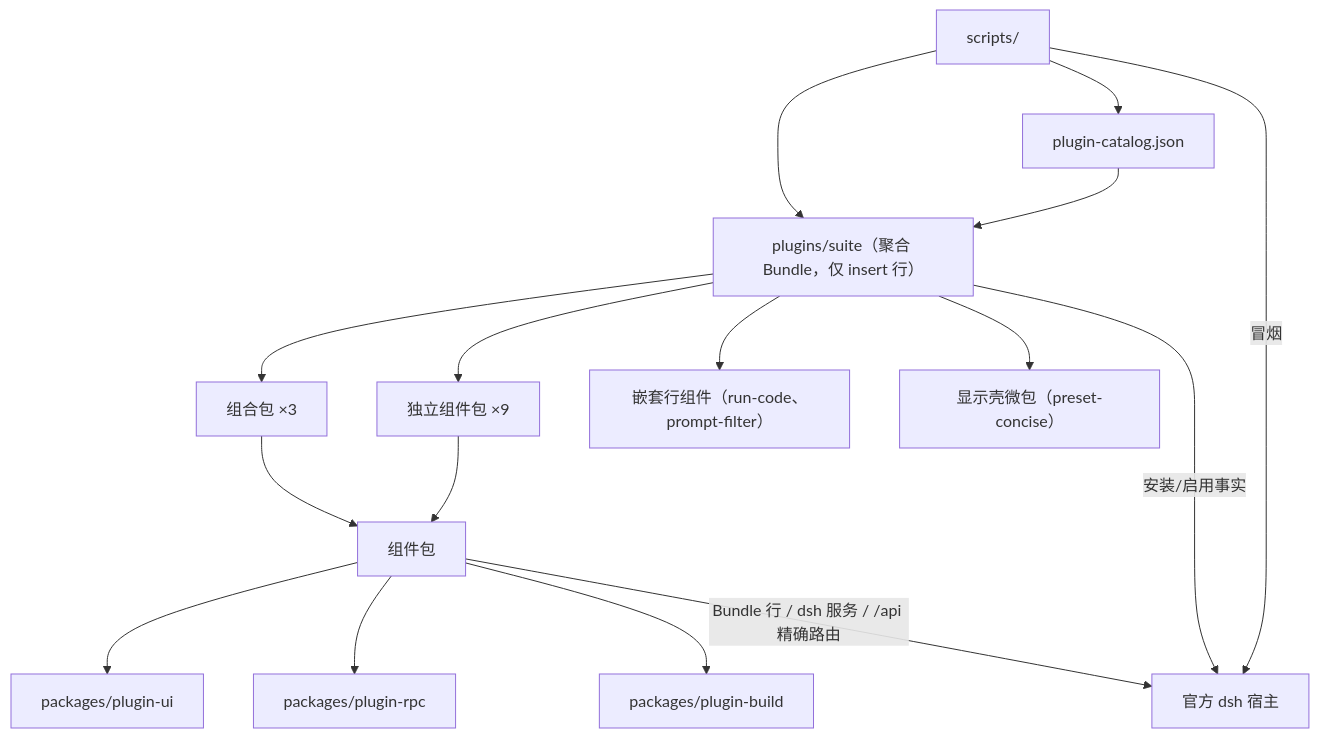
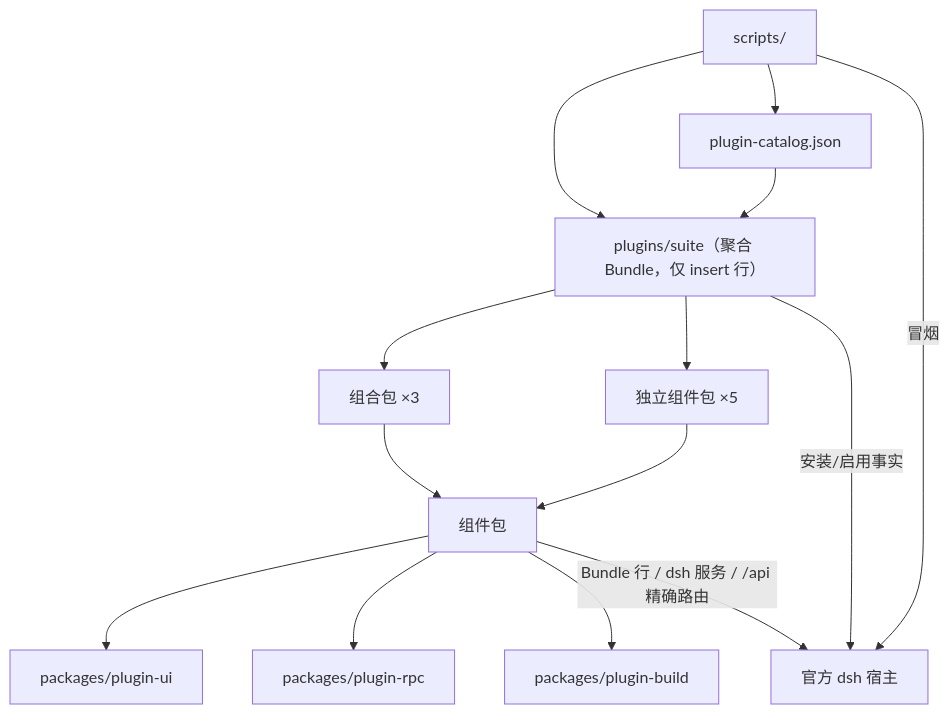
One commit to WaynePluto/dsh-kit changed the diagram in ARCHITECTURE.md. Above: the diagram before and after it, drawn with Mermaid. The commit also changed other lines of this file and 85 other files, not shown here.

````diff
--- a/ARCHITECTURE.md
+++ b/ARCHITECTURE.md
@@ -26,18 +24,16 @@
 ```mermaid
 graph TD
   Suite["plugins/suite（聚合 Bundle，仅 insert 行）"] --> Combo["组合包 ×3"]
-  Suite --> Solo["独立组件包 ×9"]
-  Suite --> Nested["嵌套行组件（run-code、prompt-filter）"]
-  Suite --> Shell["显示壳微包（preset-concise）"]
+  Suite --> Solo["独立组件包 ×5"]
   Combo --> Comp["组件包"]
   Solo --> Comp
   Comp --> PluginUI["packages/plugin-ui"]
   Comp --> KitRPC["packages/plugin-rpc"]
   Comp --> Build["packages/plugin-build"]
   Comp -->|Bundle 行 / dsh 服务 / /api 精确路由| DSH["官方 dsh 宿主"]
   Suite -->|"安装/启用事实"| DSH
   Scripts["scripts/"] --> Suite
   Scripts --> Catalog["plugin-catalog.json"]
   Catalog --> Suite
   Scripts -->|冒烟| DSH
 ```
````
